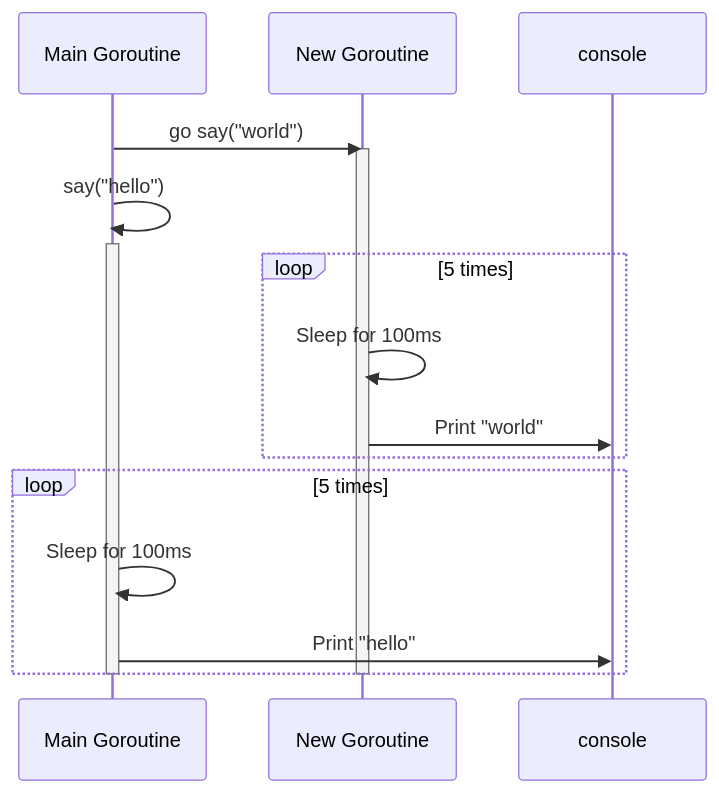
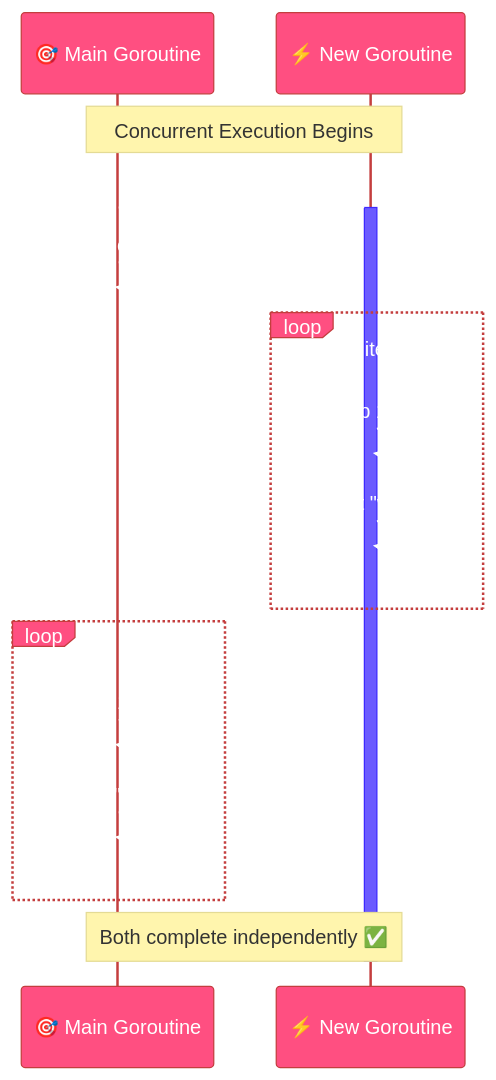
Before and after one commit to infoyouth/infoyouth.github.io: the first of 3 diagrams in _posts/go/2025-11-07-11.-goroutines-and-concurrency.md, drawn with Mermaid. The commit also changed other lines of this file, not shown here.

Commit message:
docs: - Add practical examples: concurrent image processing, bank account race condition, HTTP server graceful shutdown - Enhance professional context throughout (Google/Uber/Netflix usage, microservices, ETL pipelines) - Update conclusion with engagement prompt

````diff
--- a/_posts/go/2025-11-07-11.-goroutines-and-concurrency.md
+++ b/_posts/go/2025-11-07-11.-goroutines-and-concurrency.md
@@ -70,20 +75,23 @@
 ```mermaid
+%%{init: {'theme':'base', 'themeVariables': { 'primaryColor':'#ff4f81','primaryTextColor':'#fff','primaryBorderColor':'#c43e3e','lineColor':'#e67e22','secondaryColor':'#6b5bff','tertiaryColor':'#ffd700'}}}%%
 sequenceDiagram
-    participant Main Goroutine
-    participant New Goroutine
-
-    Main Goroutine->>New Goroutine: go say("world")
-    activate New Goroutine
-    Main Goroutine->>Main Goroutine: say("hello")
-    activate Main Goroutine
-    loop 5 times
-        New Goroutine->>New Goroutine: Sleep for 100ms
-        New Goroutine->>console: Print "world"
+    participant Main as 🎯 Main Goroutine
+    participant New as ⚡ New Goroutine
+    
+    Note over Main,New: Concurrent Execution Begins
+    Main->>+New: go say("world")
+    Main->>Main: say("hello") starts
+    
+    loop 5 iterations
+        New->>New: Sleep 100ms
+        New->>New: Print "world"
     end
-    loop 5 times
-        Main Goroutine->>Main Goroutine: Sleep for 100ms
-        Main Goroutine->>console: Print "hello"
+    
+    loop 5 iterations  
+        Main->>Main: Sleep 100ms
+        Main->>Main: Print "hello"
     end
-    deactivate New Goroutine
-    deactivate Main Goroutine
+    
+    Note over Main,New: Both complete independently ✅
+    deactivate New
 ```
````
